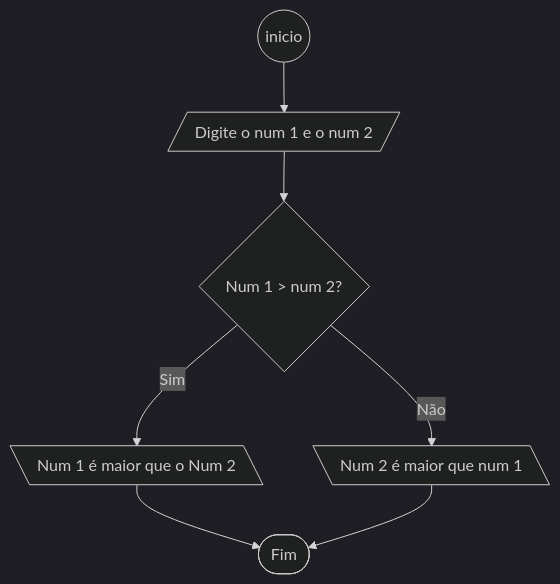
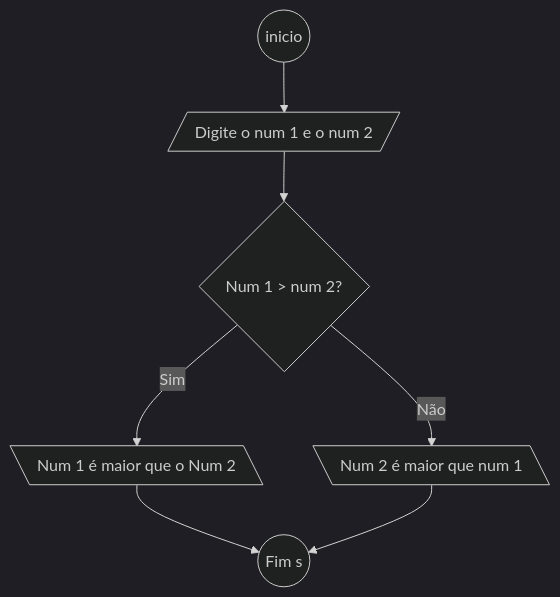
The diagram in CAINA/fluxograma/ativid6.md (nickddb/senai---atividades), drawn with Mermaid (dark theme) before and after one commit. The commit also changed 8 other files, not shown here.

````diff
--- a/CAINA/fluxograma/ativid6.md
+++ b/CAINA/fluxograma/ativid6.md
@@ -1,11 +1,11 @@
 ```mermaid
     flowchart TD
-    
+
     start((inicio)) --> input[/Digite o num 1 e o num 2/]
     input --> verification{Num 1 > num 2?}
 
     verification --> |Sim| S[\Num 1 é maior que o Num 2\]
     verification --> |Não| N[\Num 2 é maior que num 1\]
-    S --> finish([Fim])
+    S --> finish(( Fim s))
     N --> finish
 ```
````
